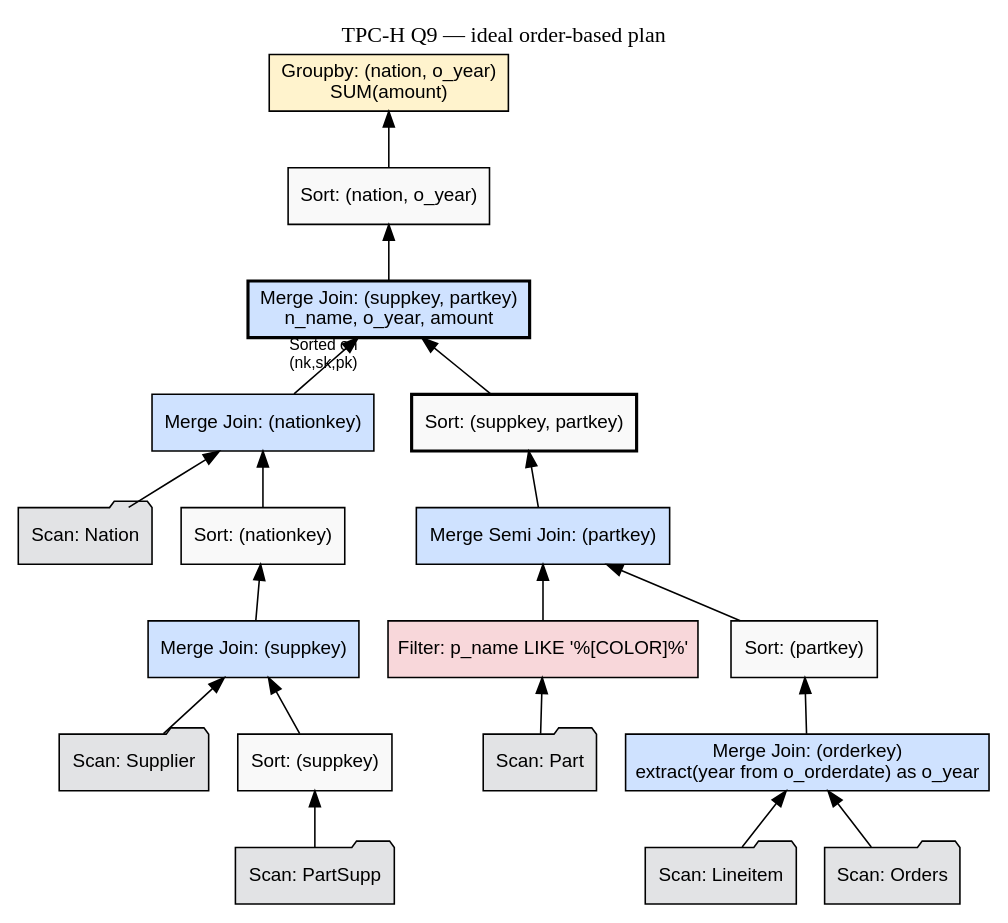
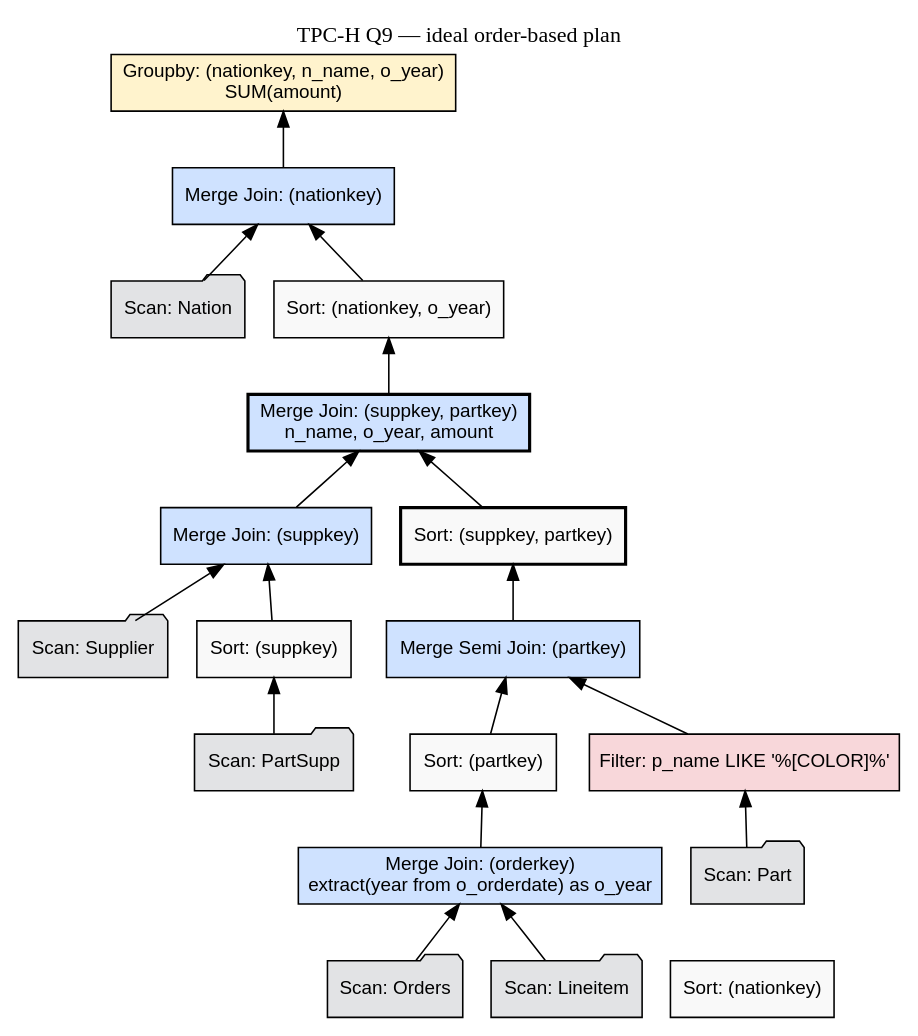
Before and after one commit to alicia-lyu/calcite: the diagram in SESSION_PROGRESS.md, drawn with Graphviz. The commit also changed other lines of this file and 1 other file, not shown here.

````diff
--- a/SESSION_PROGRESS.md
+++ b/SESSION_PROGRESS.md
@@ -162,38 +162,39 @@
 ```DOT
 digraph G {
     rankdir=BT;
     node [shape=rect, fontname="Helvetica,Arial,sans-serif", fontsize=12, style=filled, fillcolor="#f9f9f9"];
     edge [fontname="Helvetica,Arial,sans-serif", fontsize=10];
     label = "TPC-H Q9 — ideal order-based plan";
     labelloc = "t";
 
     ScanN   [label="Scan: Nation",   shape=folder, fillcolor="#e2e3e5"];
     ScanS   [label="Scan: Supplier", shape=folder, fillcolor="#e2e3e5"];
     ScanPS  [label="Scan: PartSupp", shape=folder, fillcolor="#e2e3e5"];
     ScanO   [label="Scan: Orders",   shape=folder, fillcolor="#e2e3e5"];
     ScanL   [label="Scan: Lineitem", shape=folder, fillcolor="#e2e3e5"];
     ScanP   [label="Scan: Part",     shape=folder, fillcolor="#e2e3e5"];
 
     SortPS   [label="Sort: (suppkey)"];
     MJ1      [label="Merge Join: (suppkey)",   fillcolor="#cfe2ff"];
     SortS    [label="Sort: (nationkey)"];
     MJ2      [label="Merge Join: (nationkey)", fillcolor="#cfe2ff"];
     MJ3      [label="Merge Join: (orderkey)\nextract(year from o_orderdate) as o_year", fillcolor="#cfe2ff"];
     SortL    [label="Sort: (partkey)"];
     SelectP  [label="Filter: p_name LIKE '%[COLOR]%'", fillcolor="#f8d7da"];
     MJ4      [label="Merge Semi Join: (partkey)", fillcolor="#cfe2ff"];
     SortSub2 [label="Sort: (suppkey, partkey)", penwidth=2];
     MJ_Final [label="Merge Join: (suppkey, partkey)\nn_name, o_year, amount", fillcolor="#cfe2ff", penwidth=2];
-    SortFinal [label="Sort: (nation, o_year)"];
-    Agg      [label="Groupby: (nation, o_year)\nSUM(amount)", fillcolor="#fff3cd"];
+    SortFinal [label="Sort: (nationkey, o_year)"];
+    Agg      [label="Groupby: (nationkey, n_name, o_year)\nSUM(amount)", fillcolor="#fff3cd"];
 
     ScanS  -> MJ1;  ScanPS -> SortPS -> MJ1;
-    MJ1    -> SortS -> MJ2;  ScanN -> MJ2;
+    MJ2;  ScanN -> MJ2;
     ScanO  -> MJ3;  ScanL -> MJ3;
     MJ3    -> SortL -> MJ4;  ScanP -> SelectP -> MJ4;
     MJ4    -> SortSub2;
-    MJ2    -> MJ_Final [headlabel="Sorted on\n(nk,sk,pk)"];
     SortSub2 -> MJ_Final;
-    MJ_Final -> SortFinal -> Agg;
+    MJ1 -> MJ_Final;
+    MJ_Final -> SortFinal -> MJ2;
+    MJ2 -> Agg;
 }
 ```
````
